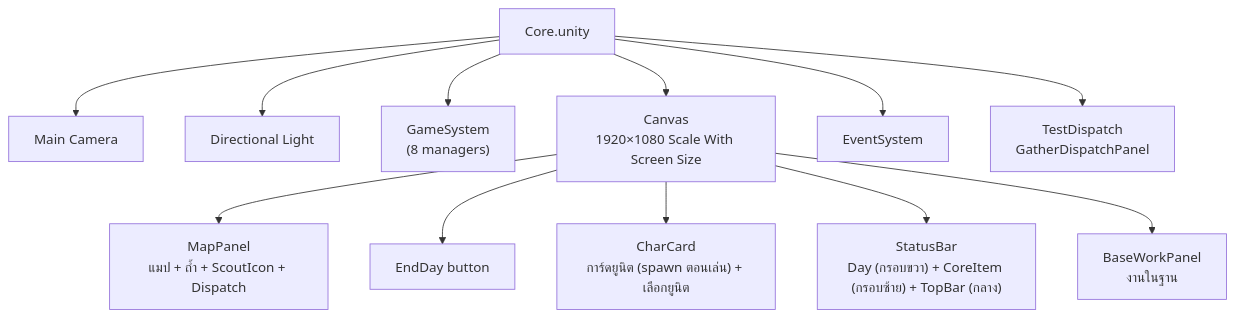
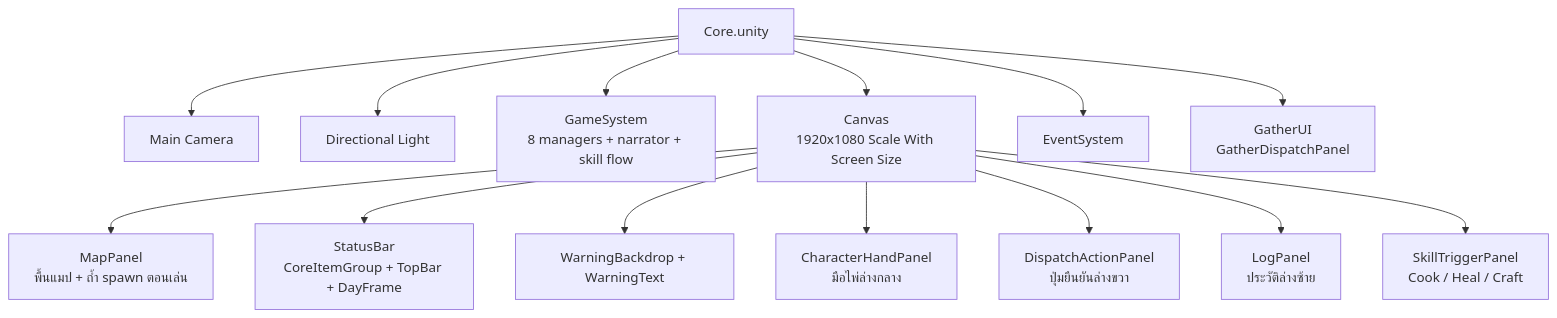
The diagram in docs/software/06-unity-core-scene-hierarchy.md (nopponaim603/clogged), drawn with Mermaid before and after one commit. The commit also changed other lines of this file and 9 other files, not shown here.

First line of the commit message:
docs: document the UI redesign (P0-P5) and the DayFrame click fix

````diff
--- a/docs/software/06-unity-core-scene-hierarchy.md
+++ b/docs/software/06-unity-core-scene-hierarchy.md
@@ -20,16 +20,18 @@
 ```mermaid
 flowchart TD
     Scene["Core.unity"]
     Scene --> Cam["Main Camera"]
     Scene --> Light["Directional Light"]
-    Scene --> GS["GameSystem<br/>(8 managers)"]
-    Scene --> Canvas["Canvas<br/>1920×1080 Scale With Screen Size"]
+    Scene --> GS["GameSystem<br/>8 managers + narrator + skill flow"]
+    Scene --> Canvas["Canvas<br/>1920x1080 Scale With Screen Size"]
     Scene --> ES["EventSystem"]
-    Scene --> TD["TestDispatch<br/>GatherDispatchPanel"]
+    Scene --> GUI["GatherUI<br/>GatherDispatchPanel"]
 
-    Canvas --> Map["MapPanel<br/>แมป + ถ้ำ + ScoutIcon + Dispatch"]
-    Canvas --> End["EndDay button"]
-    Canvas --> Card["CharCard<br/>การ์ดยูนิต (spawn ตอนเล่น) + เลือกยูนิต"]
-    Canvas --> SB["StatusBar<br/>Day (กรอบขวา) + CoreItem (กรอบซ้าย) + TopBar (กลาง)"]
-    Canvas --> BW["BaseWorkPanel<br/>งานในฐาน"]
+    Canvas --> Map["MapPanel<br/>พื้นแมป + ถ้ำ spawn ตอนเล่น"]
+    Canvas --> SB["StatusBar<br/>CoreItemGroup + TopBar + DayFrame"]
+    Canvas --> WB["WarningBackdrop + WarningText"]
+    Canvas --> Hand["CharacterHandPanel<br/>มือไพ่ล่างกลาง"]
+    Canvas --> Act["DispatchActionPanel<br/>ปุ่มยืนยันล่างขวา"]
+    Canvas --> Log["LogPanel<br/>ประวัติล่างซ้าย"]
+    Canvas --> Skill["SkillTriggerPanel<br/>Cook / Heal / Craft"]
 ```
````
